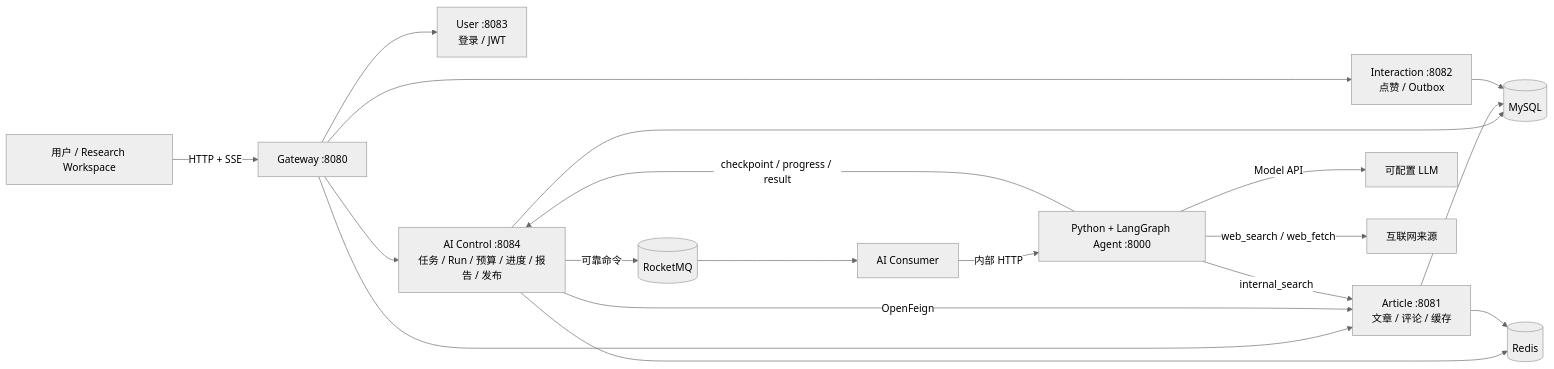
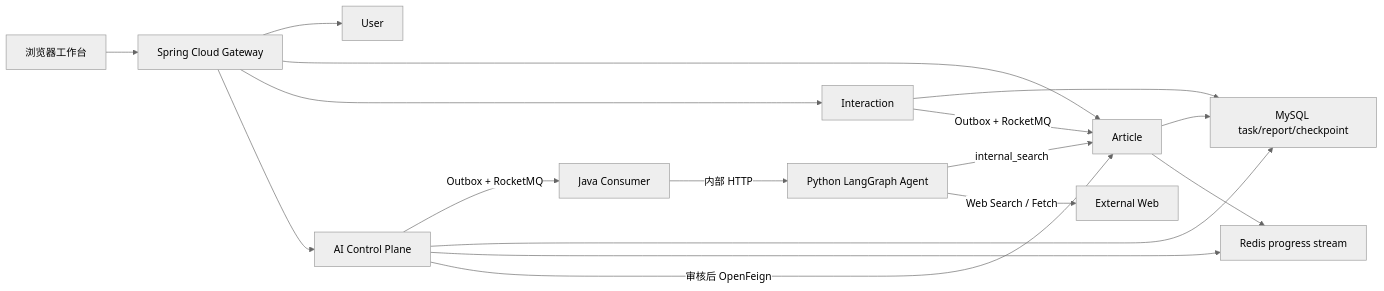
One commit to hzyang0/XPlanet changed the diagram in docs/XPlanet-秋招版最终方案.md. Above: the diagram before and after it, drawn with Mermaid (neutral theme). The commit also changed other lines of this file and 23 other files, not shown here.

````diff
--- a/docs/XPlanet-秋招版最终方案.md
+++ b/docs/XPlanet-秋招版最终方案.md
@@ -217,26 +15,19 @@
 ```mermaid
 flowchart LR
-    U["用户 / Research Workspace"] -->|"HTTP + SSE"| G["Gateway :8080"]
-
-    G --> US["User :8083<br/>登录 / JWT"]
-    G --> AR["Article :8081<br/>文章 / 评论 / 缓存"]
-    G --> IN["Interaction :8082<br/>点赞 / Outbox"]
-    G --> AI["AI Control :8084<br/>任务 / Run / 预算 / 进度 / 报告 / 发布"]
-
-    AI -->|"OpenFeign"| AR
-    AI -->|"可靠命令"| MQ[("RocketMQ")]
-    MQ --> AIC["AI Consumer"]
-    AIC -->|"内部 HTTP"| AG["Python + LangGraph Agent :8000"]
-
-    AG -->|"Model API"| LLM["可配置 LLM"]
-    AG -->|"web_search / web_fetch"| WEB["互联网来源"]
-    AG -->|"internal_search"| AR
-    AG -->|"checkpoint / progress / result"| AI
-
-    AI --> DB[("MySQL")]
-    AR --> DB
-    IN --> DB
-    AI --> RD[("Redis")]
-    AR --> RD
-
+    U["浏览器工作台"] --> G["Spring Cloud Gateway"]
+    G --> USER["User"]
+    G --> ARTICLE["Article"]
+    G --> INTERACTION["Interaction"]
+    G --> AI["AI Control Plane"]
+    AI -->|"Outbox + RocketMQ"| C["Java Consumer"]
+    C -->|"内部 HTTP"| AGENT["Python LangGraph Agent"]
+    AGENT -->|"internal_search"| ARTICLE
+    AGENT -->|"Web Search / Fetch"| WEB["External Web"]
+    AI --> MYSQL["MySQL task/report/checkpoint"]
+    ARTICLE --> MYSQL
+    INTERACTION --> MYSQL
+    AI --> REDIS["Redis progress stream"]
+    ARTICLE --> REDIS
+    INTERACTION -->|"Outbox + RocketMQ"| ARTICLE
+    AI -->|"审核后 OpenFeign"| ARTICLE
 ```
````
